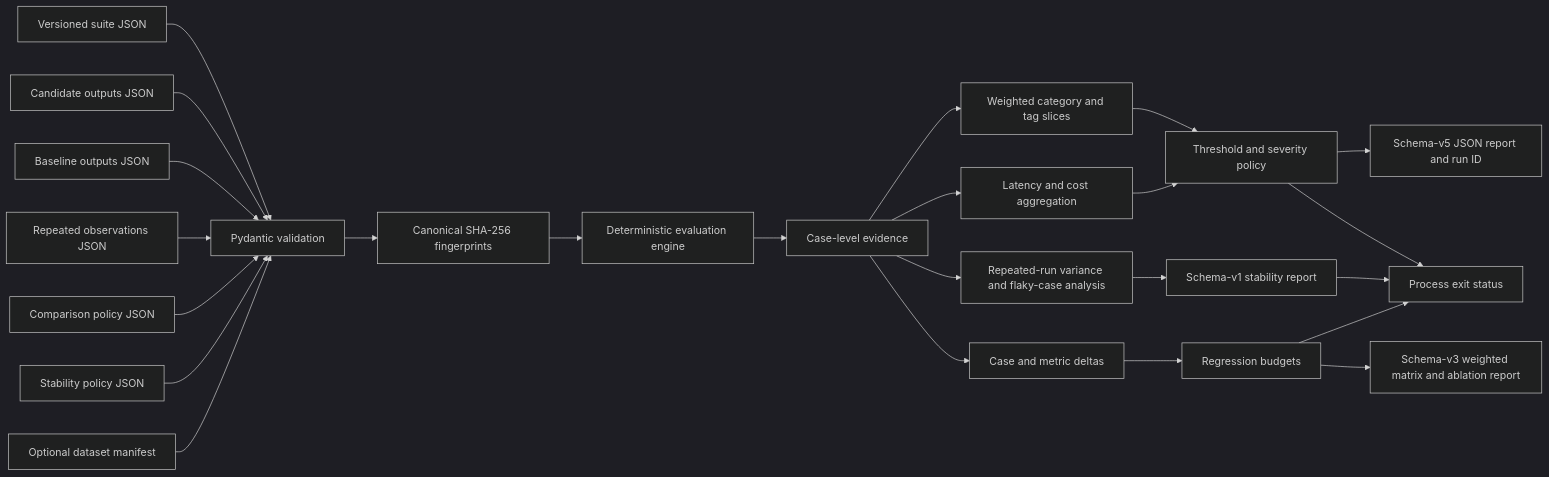
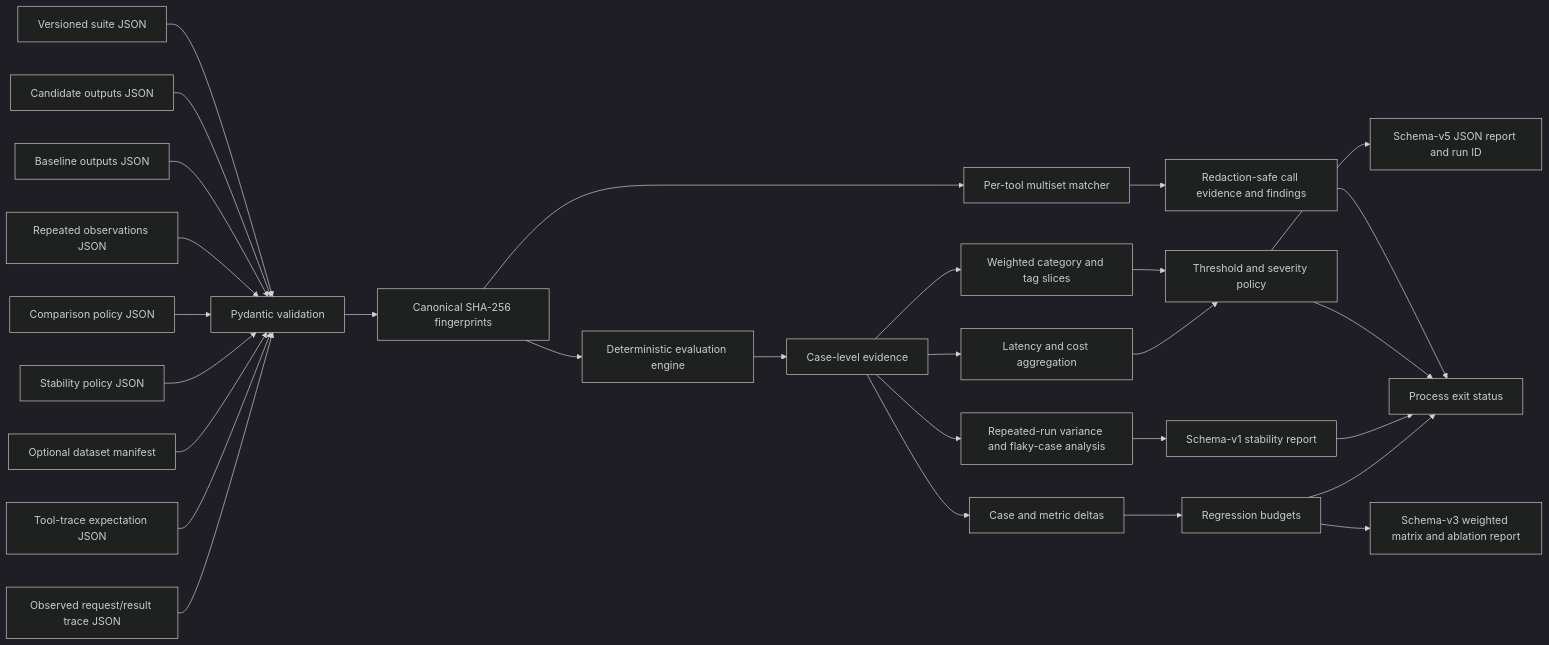
One commit to navaneeth9908/evalforge changed the first of 2 diagrams in docs/architecture.md. Above: the diagram before and after it, drawn with Mermaid (dark theme). The commit also changed other lines of this file and 9 other files, not shown here.

Commit message:
validate agent tool-call traces

````diff
--- a/docs/architecture.md
+++ b/docs/architecture.md
@@ -7,26 +7,31 @@
 ```mermaid
 flowchart LR
     S[Versioned suite JSON] --> V[Pydantic validation]
     O[Candidate outputs JSON] --> V
     B[Baseline outputs JSON] --> V
     N[Repeated observations JSON] --> V
     C[Comparison policy JSON] --> V
     Y[Stability policy JSON] --> V
     M[Optional dataset manifest] --> V
+    U[Tool-trace expectation JSON] --> V
+    K[Observed request/result trace JSON] --> V
     V --> H[Canonical SHA-256 fingerprints]
     H --> E[Deterministic evaluation engine]
+    H --> L[Per-tool multiset matcher]
+    L --> F[Redaction-safe call evidence and findings]
+    F --> X[Process exit status]
     E --> R[Case-level evidence]
     R --> W[Weighted category and tag slices]
     R --> P[Latency and cost aggregation]
     R --> T[Repeated-run variance and flaky-case analysis]
     W --> G[Threshold and severity policy]
     P --> G
     G --> J[Schema-v5 JSON report and run ID]
     G --> X[Process exit status]
     R --> D[Case and metric deltas]
     D --> Q[Regression budgets]
     Q --> A[Schema-v3 weighted matrix and ablation report]
     T --> Z[Schema-v1 stability report]
     Z --> X
     Q --> X
 ```
````
